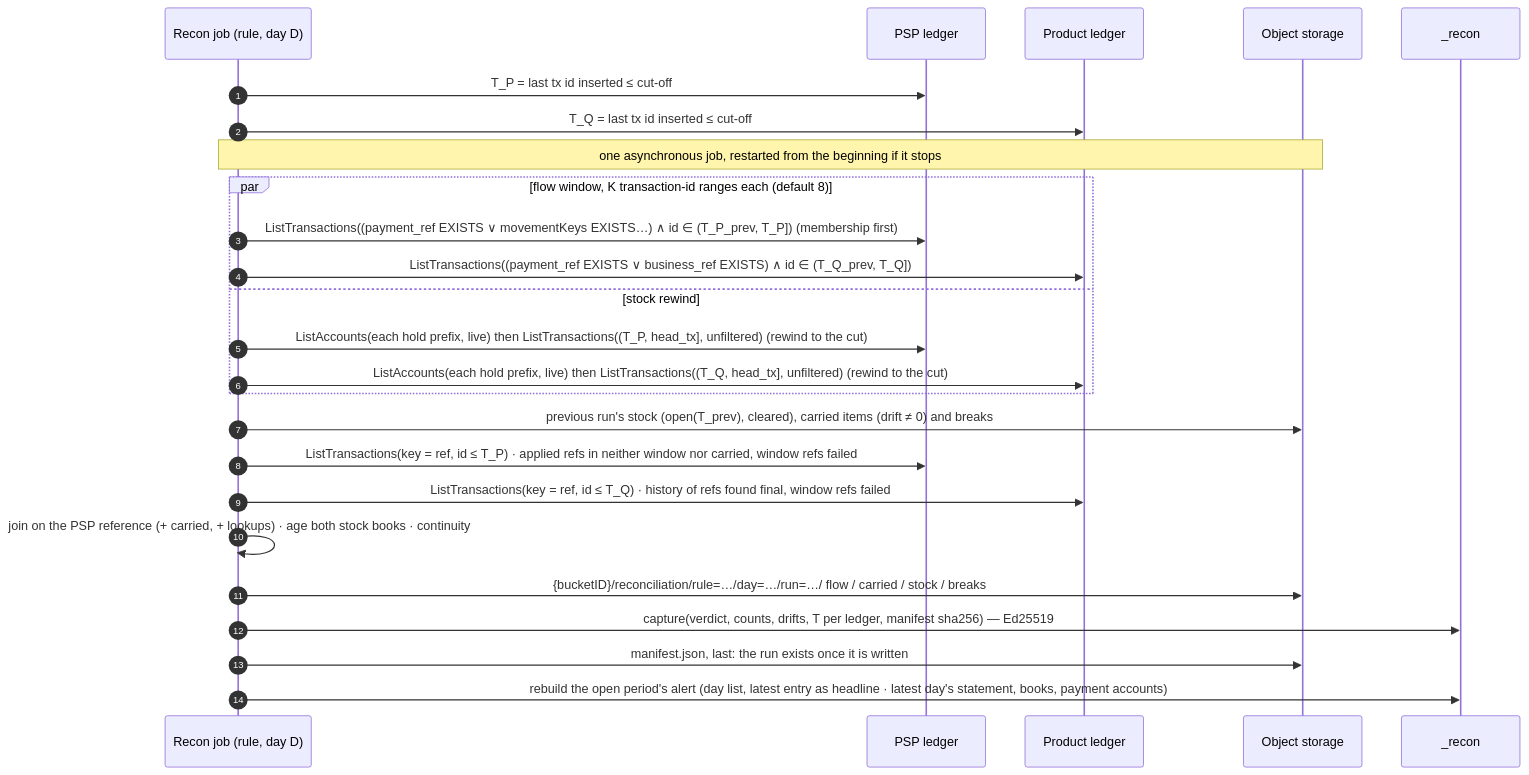
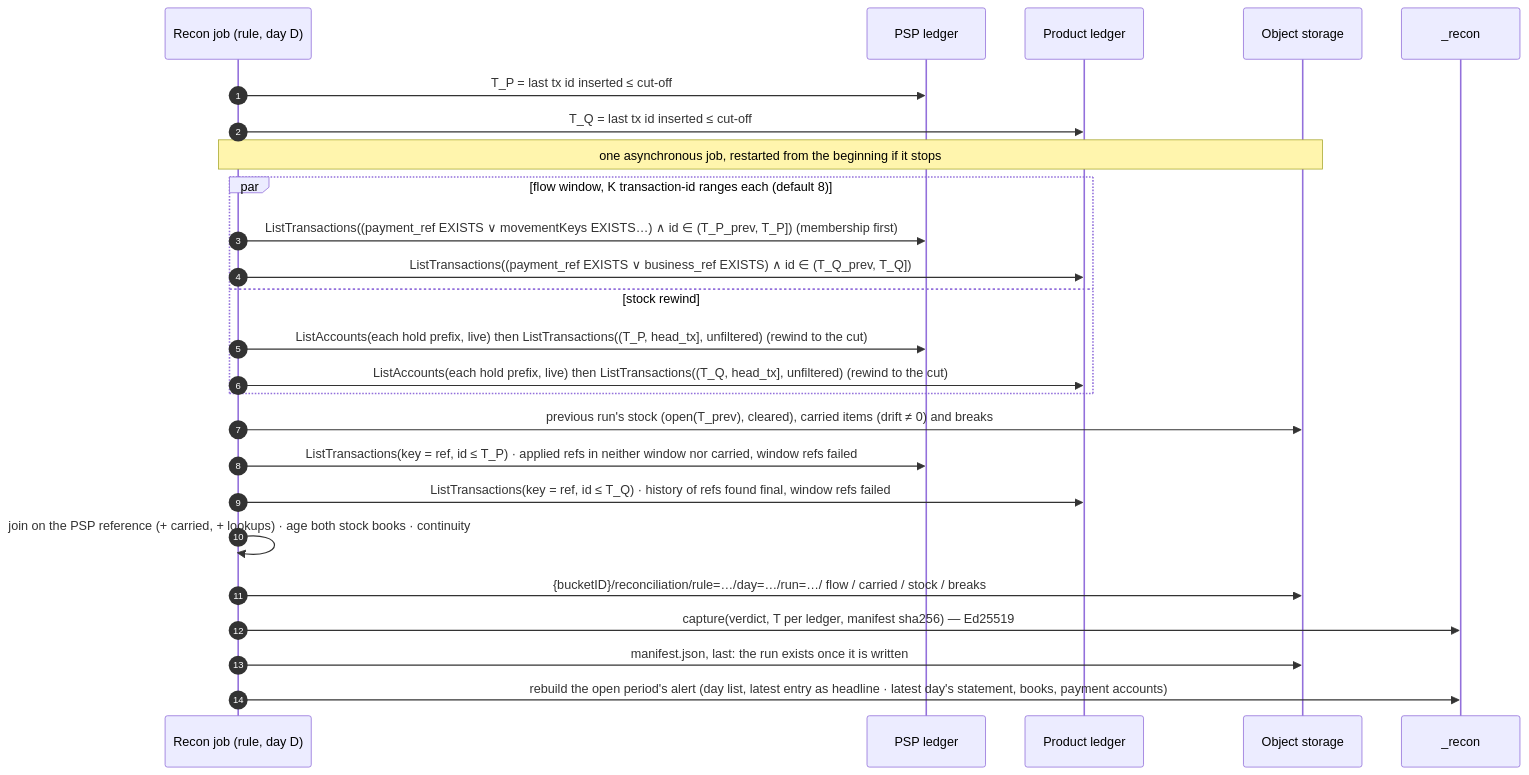
The second of 2 diagrams in docs/technical/transaction-level-reconciliation.md (formancehq/reconciliation), drawn with Mermaid before and after one commit. The commit also changed other lines of this file and 20 other files, not shown here.

````diff
--- a/docs/technical/transaction-level-reconciliation.md
+++ b/docs/technical/transaction-level-reconciliation.md
@@ -292,28 +292,28 @@
 ```mermaid
 sequenceDiagram
     autonumber
     participant J as Recon job (rule, day D)
     participant P as PSP ledger
     participant Q as Product ledger
     participant O as Object storage
     participant C as _recon
 
     J->>P: T_P = last tx id inserted ≤ cut-off
     J->>Q: T_Q = last tx id inserted ≤ cut-off
     Note over J,O: one asynchronous job, restarted from the beginning if it stops
     par flow window, K transaction-id ranges each (default 8)
         J->>P: ListTransactions((payment_ref EXISTS ∨ movementKeys EXISTS…) ∧ id ∈ (T_P_prev, T_P])  (membership first)
         J->>Q: ListTransactions((payment_ref EXISTS ∨ business_ref EXISTS) ∧ id ∈ (T_Q_prev, T_Q])
     and stock rewind
         J->>P: ListAccounts(each hold prefix, live) then ListTransactions((T_P, head_tx], unfiltered) (rewind to the cut)
         J->>Q: ListAccounts(each hold prefix, live) then ListTransactions((T_Q, head_tx], unfiltered) (rewind to the cut)
     end
     J->>O: previous run's stock (open(T_prev), cleared), carried items (drift ≠ 0) and breaks
     J->>P: ListTransactions(key = ref, id ≤ T_P) · applied refs in neither window nor carried, window refs failed
     J->>Q: ListTransactions(key = ref, id ≤ T_Q) · history of refs found final, window refs failed
     J->>J: join on the PSP reference (+ carried, + lookups) · age both stock books · continuity
     J->>O: {bucketID}/reconciliation/rule=…/day=…/run=…/ flow / carried / stock / breaks
-    J->>C: capture(verdict, counts, drifts, T per ledger, manifest sha256) — Ed25519
+    J->>C: capture(verdict, T per ledger, manifest sha256) — Ed25519
     J->>O: manifest.json, last: the run exists once it is written
     J->>C: rebuild the open period's alert (day list, latest entry as headline · latest day's statement, books, payment accounts)
 ```
````
